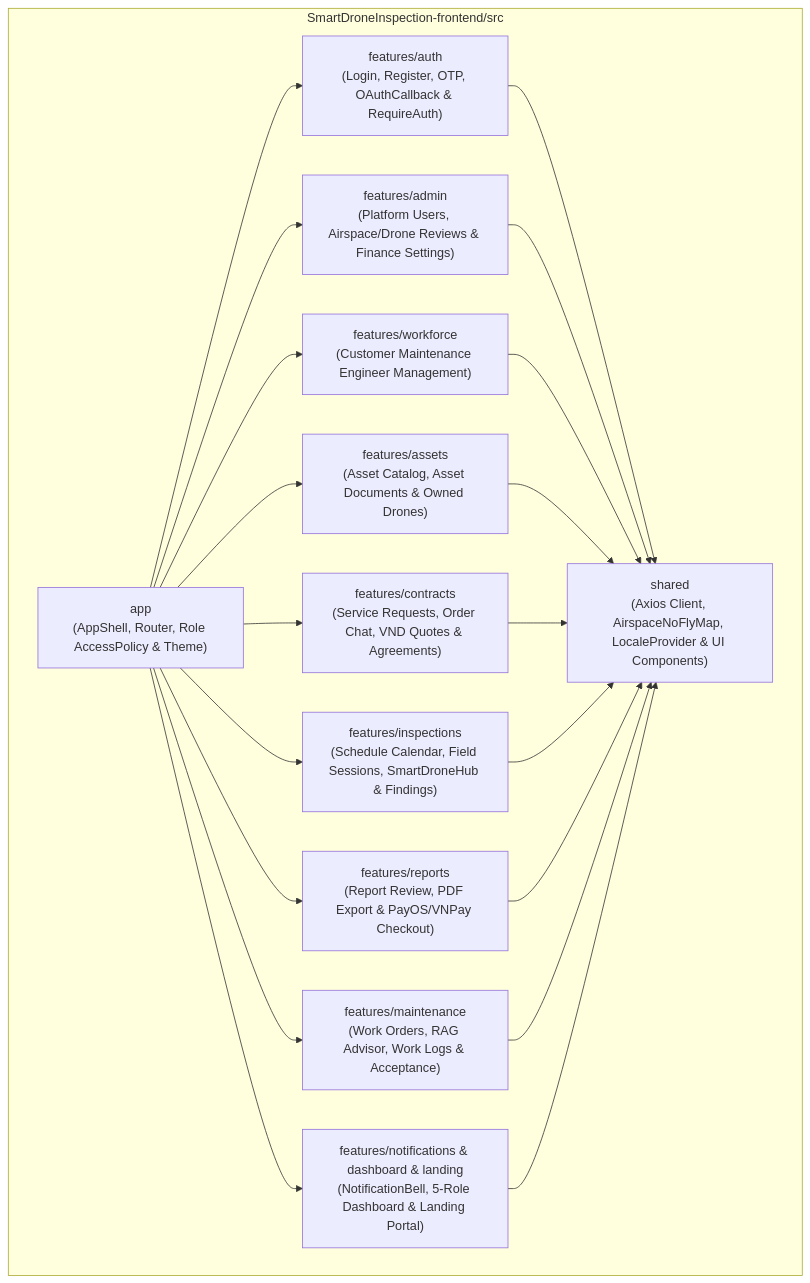
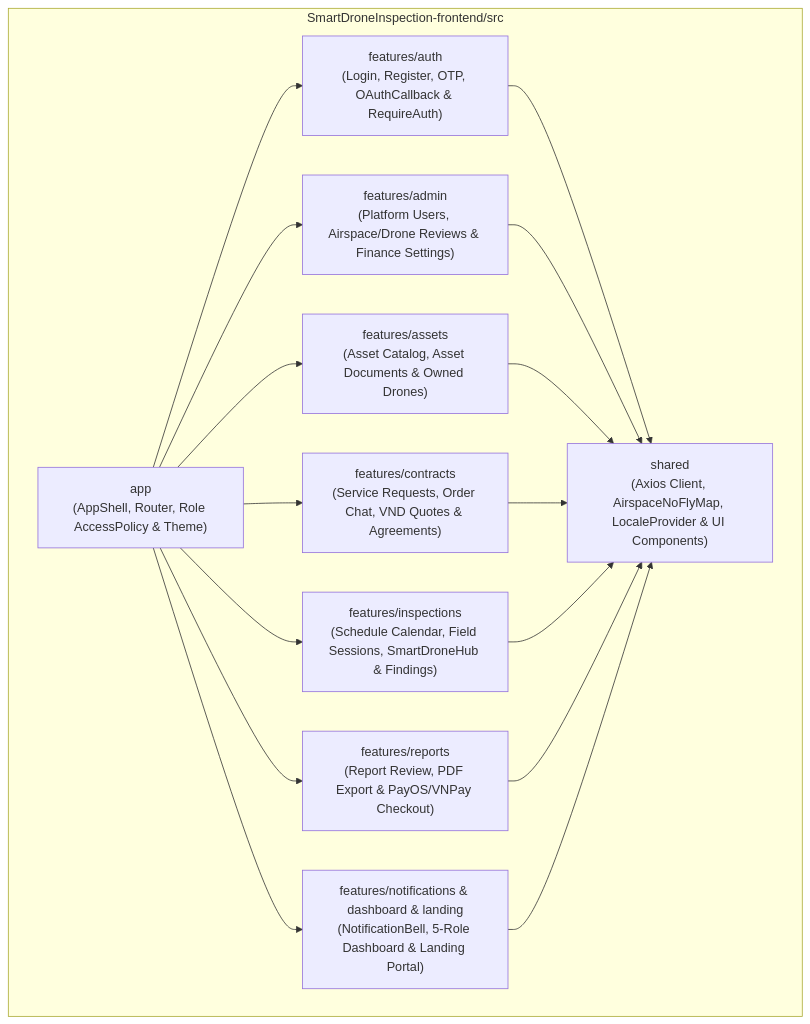
One commit to tungbach12/SmartDroneInspection-Docs changed the third of 4 diagrams in reports/report-4-software-design-document/01-system-design.md. Above: the diagram before and after it, drawn with Mermaid. The commit also changed other lines of this file and 35 other files, not shown here.

````diff
--- a/reports/report-4-software-design-document/01-system-design.md
+++ b/reports/report-4-software-design-document/01-system-design.md
@@ -153,36 +147,30 @@
 ```mermaid
 %% title: Web Portal Subsystem Package Diagram
 flowchart TD
   subgraph WebRoot["SmartDroneInspection-frontend/src"]
     APP["app\n(AppShell, Router, Role AccessPolicy & Theme)"]
     FEAT_AUTH["features/auth\n(Login, Register, OTP, OAuthCallback & RequireAuth)"]
     FEAT_ADMIN["features/admin\n(Platform Users, Airspace/Drone Reviews & Finance Settings)"]
-    FEAT_WORKFORCE["features/workforce\n(Customer Maintenance Engineer Management)"]
     FEAT_ASSETS["features/assets\n(Asset Catalog, Asset Documents & Owned Drones)"]
     FEAT_CONTRACTS["features/contracts\n(Service Requests, Order Chat, VND Quotes & Agreements)"]
     FEAT_INSP["features/inspections\n(Schedule Calendar, Field Sessions, SmartDroneHub & Findings)"]
     FEAT_REPORTS["features/reports\n(Report Review, PDF Export & PayOS/VNPay Checkout)"]
-    FEAT_MAINT["features/maintenance\n(Work Orders, RAG Advisor, Work Logs & Acceptance)"]
     FEAT_NOTIF["features/notifications & dashboard & landing\n(NotificationBell, 5-Role Dashboard & Landing Portal)"]
     WEB_SHARED["shared\n(Axios Client, AirspaceNoFlyMap, LocaleProvider & UI Components)"]
   end
 
   APP --> FEAT_AUTH
   APP --> FEAT_ADMIN
-  APP --> FEAT_WORKFORCE
   APP --> FEAT_ASSETS
   APP --> FEAT_CONTRACTS
   APP --> FEAT_INSP
   APP --> FEAT_REPORTS
-  APP --> FEAT_MAINT
   APP --> FEAT_NOTIF
   FEAT_AUTH --> WEB_SHARED
   FEAT_ADMIN --> WEB_SHARED
-  FEAT_WORKFORCE --> WEB_SHARED
   FEAT_ASSETS --> WEB_SHARED
   FEAT_CONTRACTS --> WEB_SHARED
   FEAT_INSP --> WEB_SHARED
   FEAT_REPORTS --> WEB_SHARED
-  FEAT_MAINT --> WEB_SHARED
   FEAT_NOTIF --> WEB_SHARED
 ```
````
